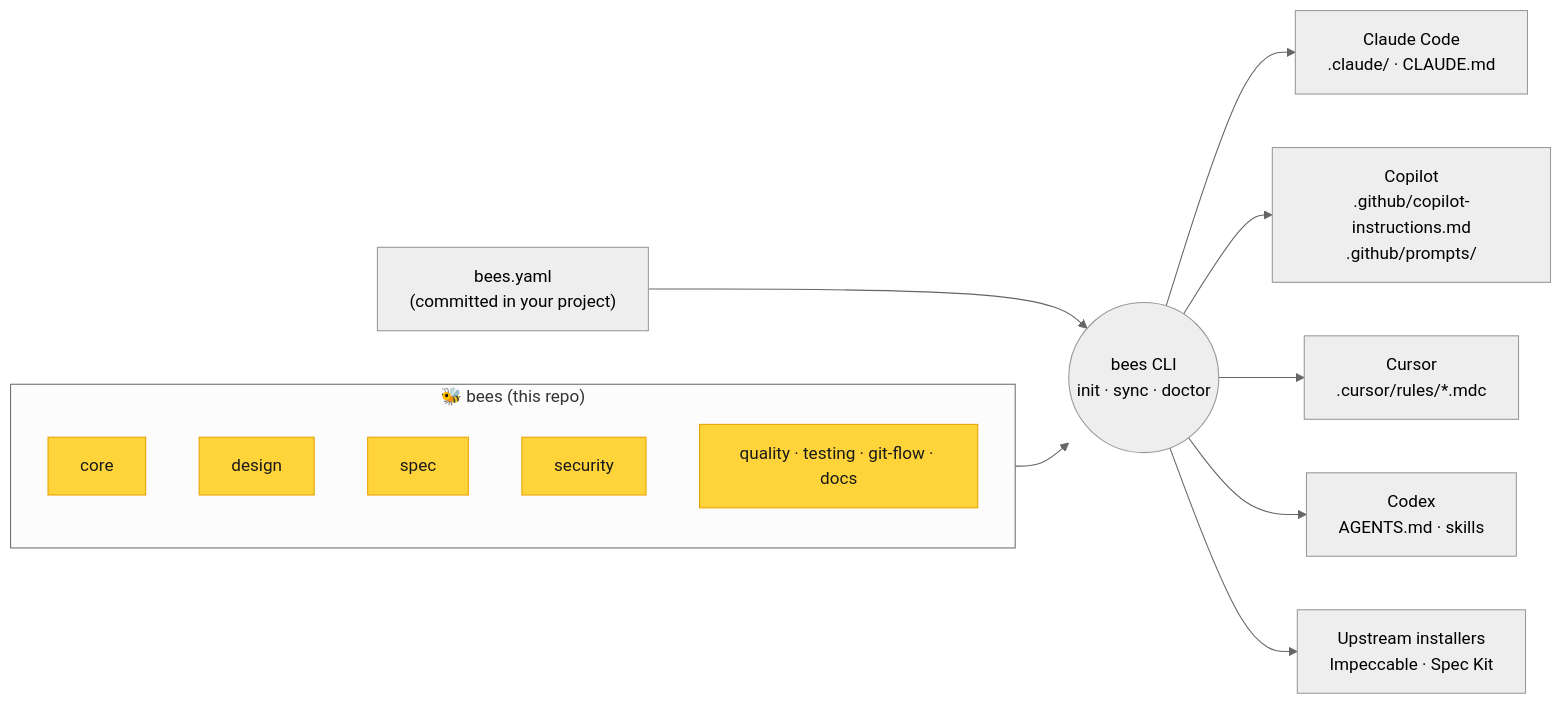
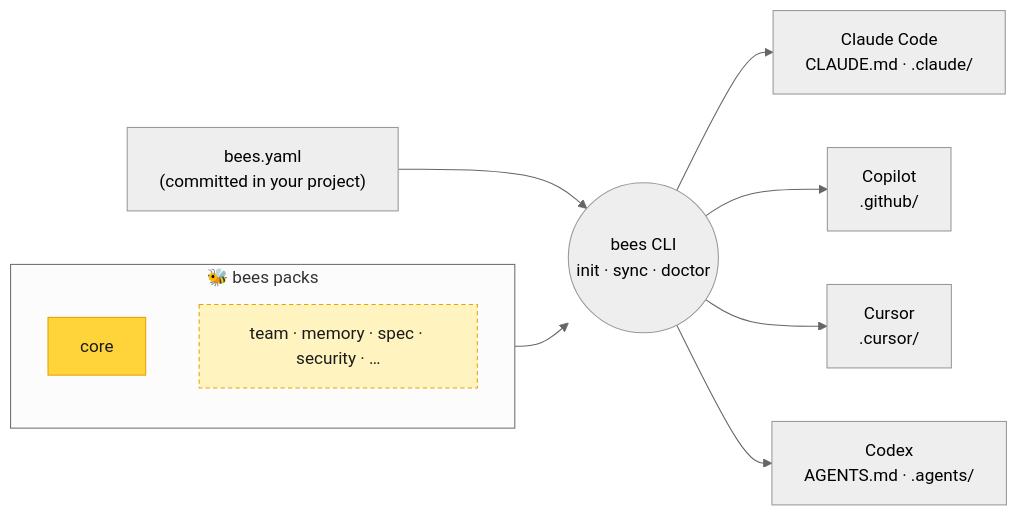
Before and after one commit to nciross/bees-agentic-template: the diagram in README.md, drawn with Mermaid (neutral theme). The commit also changed other lines of this file and 4 other files, not shown here.

````diff
--- a/README.md
+++ b/README.md
@@ -45,21 +87,18 @@
 ```mermaid
 flowchart LR
-    subgraph Hive["🐝 bees (this repo)"]
+    subgraph Hive["🐝 bees packs"]
         P1[core]:::pack
-        P2[design]:::pack
-        P3[spec]:::pack
-        P4[security]:::pack
-        P5[quality · testing · git-flow · docs]:::pack
+        P2[team · memory · spec · security · …]:::planned
     end
 
     CFG["bees.yaml<br/>(committed in your project)"] --> CLI
     Hive --> CLI(("bees CLI<br/>init · sync · doctor"))
 
-    CLI --> A1["Claude Code<br/>.claude/ · CLAUDE.md"]
-    CLI --> A2["Copilot<br/>.github/copilot-instructions.md<br/>.github/prompts/"]
-    CLI --> A3["Cursor<br/>.cursor/rules/*.mdc"]
-    CLI --> A4["Codex<br/>AGENTS.md · skills"]
-    CLI --> UP["Upstream installers<br/>Impeccable · Spec Kit"]
+    CLI --> A1["Claude Code<br/>CLAUDE.md · .claude/"]
+    CLI --> A2["Copilot<br/>.github/"]
+    CLI --> A3["Cursor<br/>.cursor/"]
+    CLI --> A4["Codex<br/>AGENTS.md · .agents/"]
 
     classDef pack fill:#ffd43b,stroke:#e8a400,color:#1a1a1a
+    classDef planned fill:#fff3bf,stroke:#e8a400,color:#1a1a1a,stroke-dasharray: 4 3
 ```
````
